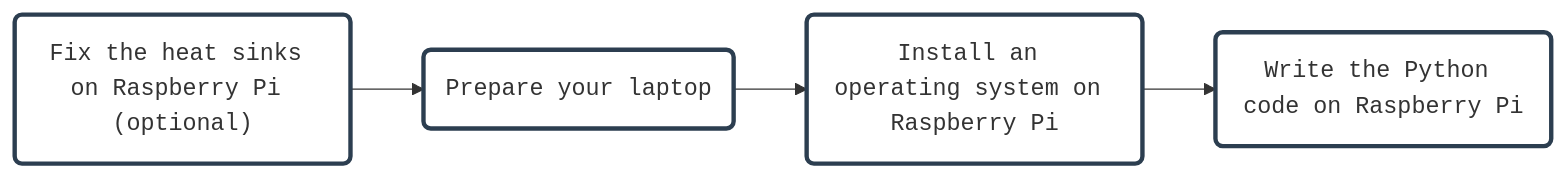
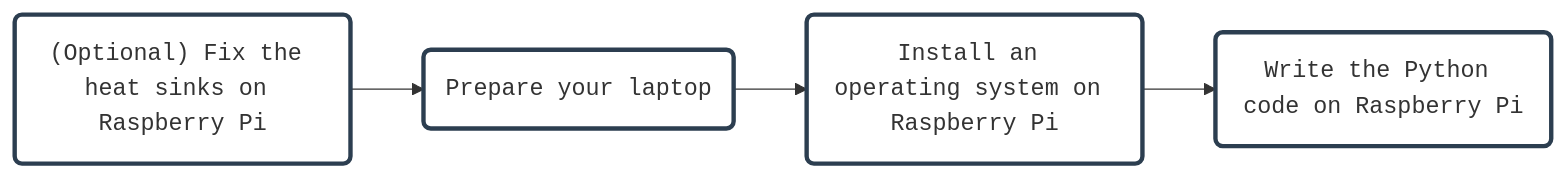
Before and after one commit to AninditaBasu/pi-projects: the diagram in _includes/mermaid_clock_chime_flowchart.md, drawn with Mermaid. The commit also changed 14 other files, not shown here.

```diff
--- a/_includes/mermaid_clock_chime_flowchart.md
+++ b/_includes/mermaid_clock_chime_flowchart.md
@@ -1,14 +1,14 @@
 <div class="mermaid">
 flowchart LR
-    A("Fix the heat sinks on Raspberry Pi (optional)") --> B(Prepare your laptop)
+    A("(Optional) Fix the heat sinks on Raspberry Pi") --> B(Prepare your laptop)
     B --> C(Install an operating system on Raspberry Pi)
     C --> D(Write the Python code on Raspberry Pi)
 	
 	click A "https://aninditabasu.github.io/pi-projects/topics/pi_4_attach_heatsink.html"
 	click B "https://aninditabasu.github.io/pi-projects/topics/set_up_laptop.html"
 	click C "https://aninditabasu.github.io/pi-projects/topics/pi_4_install_os.html"
 	click D "https://aninditabasu.github.io/pi-projects/topics/python_clock_chime.html"
 	
 	classDef boxstyle fill:white,stroke:#2c3e50,stroke-width:3px,font-family: monospace;
     class A,B,C,D boxstyle;
 </div>
```
